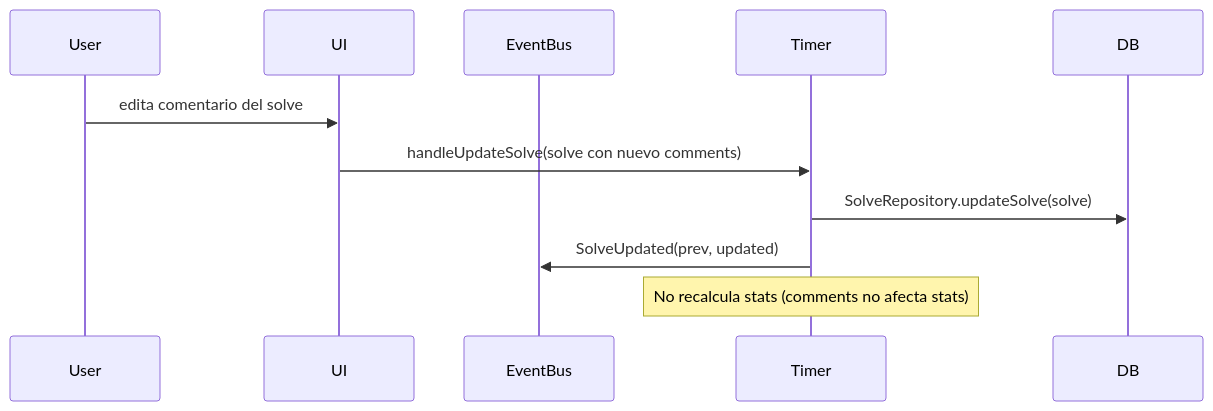
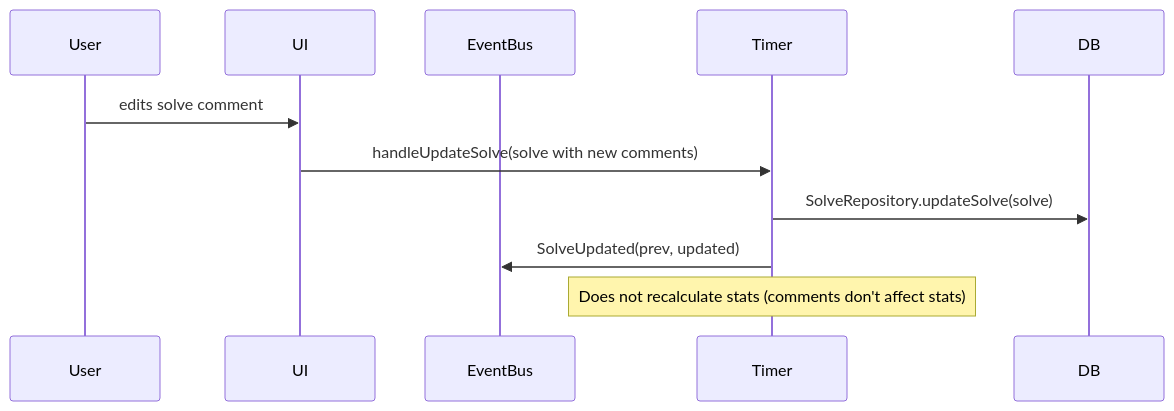
The third of 3 diagrams in docs/architecture/timer/solves.md (isaacvr/cubicdb), drawn with Mermaid before and after one commit. The commit also changed other lines of this file and 30 other files, not shown here.

````diff
--- a/docs/architecture/timer/solves.md
+++ b/docs/architecture/timer/solves.md
@@ -99,14 +99,14 @@
 ```mermaid
 sequenceDiagram
     participant U as User
     participant UI
     participant EB as EventBus
     participant T as Timer
     participant DB
 
-    U->>UI: edita comentario del solve
-    UI->>T: handleUpdateSolve(solve con nuevo comments)
+    U->>UI: edits solve comment
+    UI->>T: handleUpdateSolve(solve with new comments)
     T->>DB: SolveRepository.updateSolve(solve)
     T->>EB: SolveUpdated(prev, updated)
-    Note over T: No recalcula stats (comments no afecta stats)
+    Note over T: Does not recalculate stats (comments don't affect stats)
 ```
````
